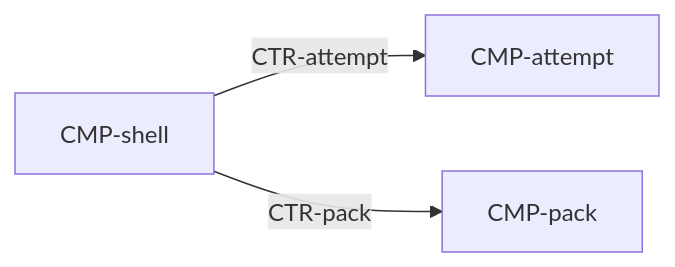
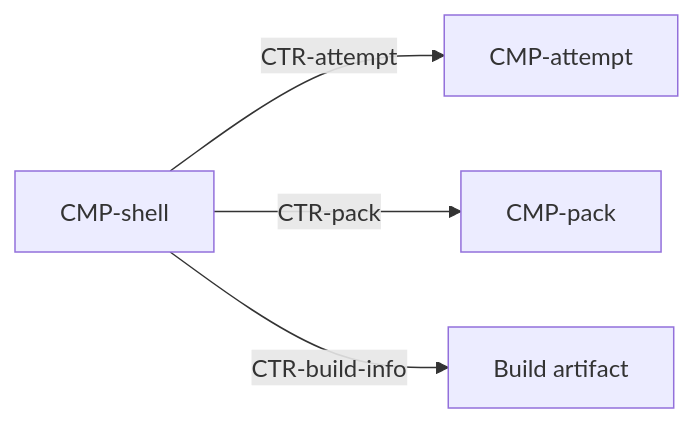
The diagram in specs/technical/components/shell.md (waigore/simplenono), drawn with Mermaid before and after one commit. The commit also changed other lines of this file and 40 other files, not shown here.

````diff
--- a/specs/technical/components/shell.md
+++ b/specs/technical/components/shell.md
@@ -39,5 +40,6 @@
 ```mermaid
 flowchart LR
   shell[CMP-shell] -->|CTR-attempt| attempt[CMP-attempt]
   shell -->|CTR-pack| pack[CMP-pack]
+  shell -->|CTR-build-info| build[Build artifact]
 ```
````
